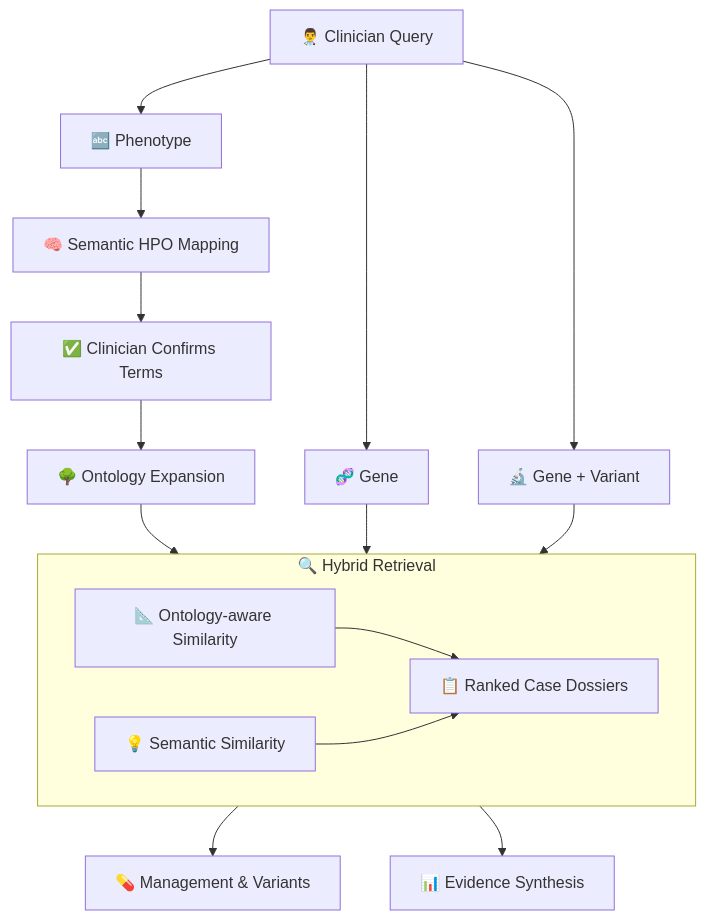
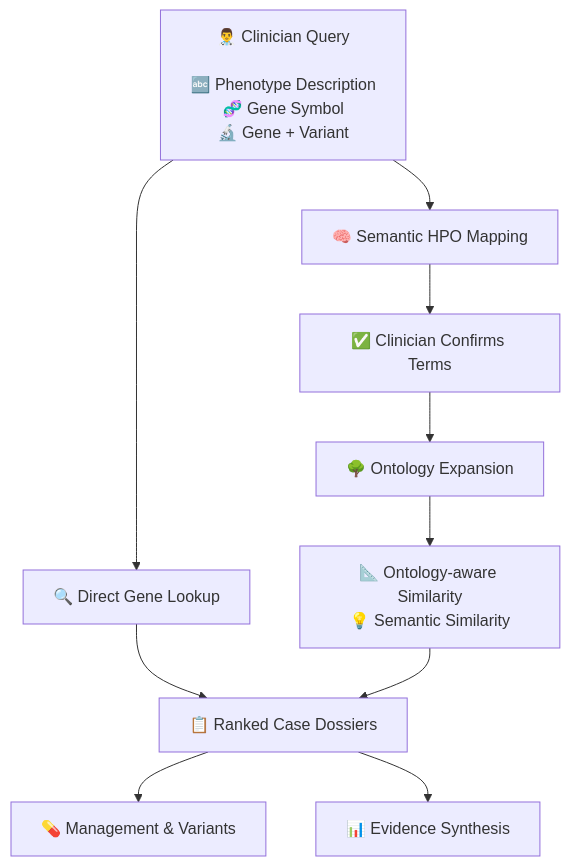
One commit to suryamukhikuchibhotla/RareDex-documentation changed the diagram in README.md. Above: the diagram before and after it, drawn with Mermaid.

````diff
--- a/README.md
+++ b/README.md
@@ -51,15 +51,16 @@
 ```mermaid
 flowchart TD
-    A[👨‍⚕️ Clinician Query] --> B[🔤 Phenotype] & C[🧬 Gene] & D[🔬 Gene + Variant]
-    B --> E[🧠 Semantic HPO Mapping]
-    E --> F[✅ Clinician Confirms Terms]
-    F --> G[🌳 Ontology Expansion]
-    G & C & D --> H
-
-    subgraph H [" 🔍 Hybrid Retrieval "]
-    direction LR
-        I[📐 Ontology-aware Similarity] & J[💡 Semantic Similarity] --> K[📋 Ranked Case Dossiers]
-    end
-
-    K --> L[💊 Management & Variants] & M[📊 Evidence Synthesis]
+    A["👨‍⚕️ Clinician Query\n\n🔤 Phenotype Description\n🧬 Gene Symbol\n🔬 Gene + Variant"]
+    
+    A --> B[🧠 Semantic HPO Mapping]
+    A --> C[🔍 Direct Gene Lookup]
+    
+    B --> D[✅ Clinician Confirms Terms]
+    D --> E[🌳 Ontology Expansion]
+    E --> F[📐 Ontology-aware Similarity\n💡 Semantic Similarity]
+    
+    C --> G[📋 Ranked Case Dossiers]
+    F --> G
+    
+    G --> H[💊 Management & Variants] & I[📊 Evidence Synthesis]
 ```
````
